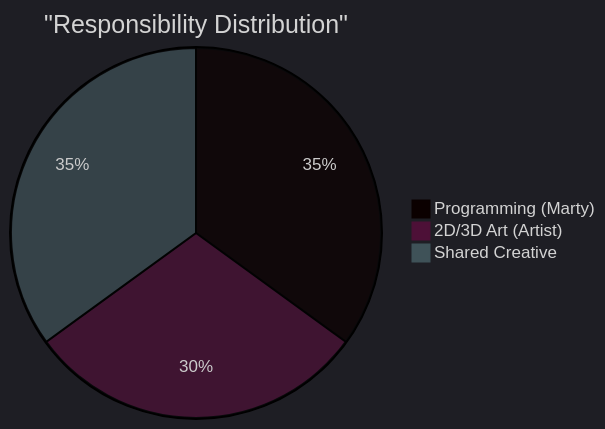
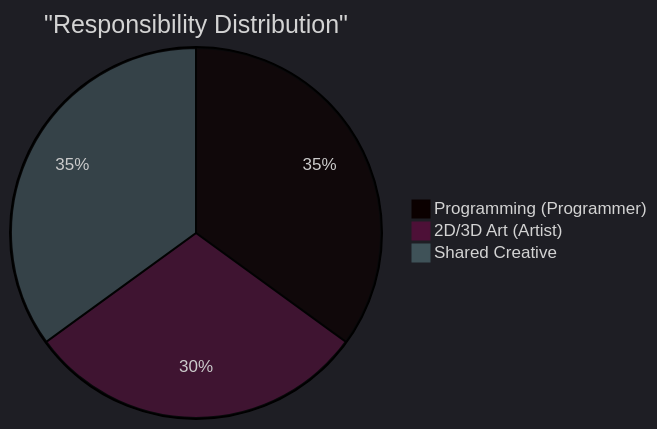
Before and after one commit to MartyChouette/iris_v3.0: the second of 13 diagrams in PRODUCTION_RUNWAY.md, drawn with Mermaid. The commit also changed other lines of this file and 1 other file, not shown here.

Commit message:
fix: production runway naming + gantt syntax — Marty→Programmer, remove colons from sprint task names

````diff
--- a/PRODUCTION_RUNWAY.md
+++ b/PRODUCTION_RUNWAY.md
@@ -64,7 +64,7 @@
 ```mermaid
 %%{init: {'theme': 'dark'}}%%
 pie title "Responsibility Distribution"
-    "Programming (Marty)" : 35
+    "Programming (Programmer)" : 35
     "2D/3D Art (Artist)" : 30
     "Shared Creative" : 35
 ```
````
